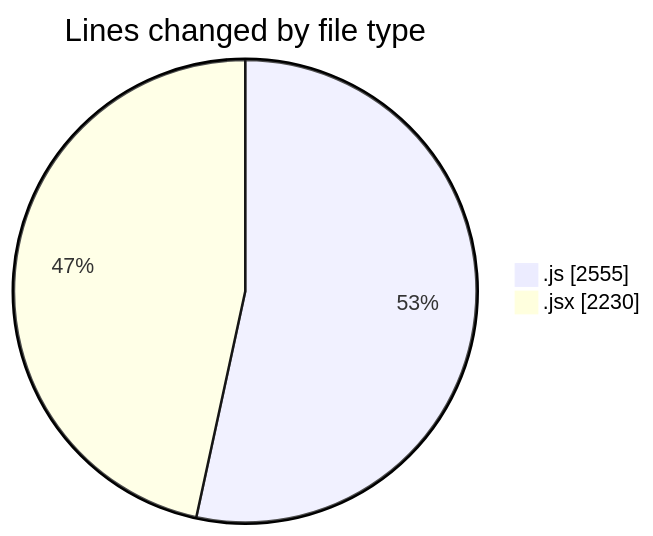
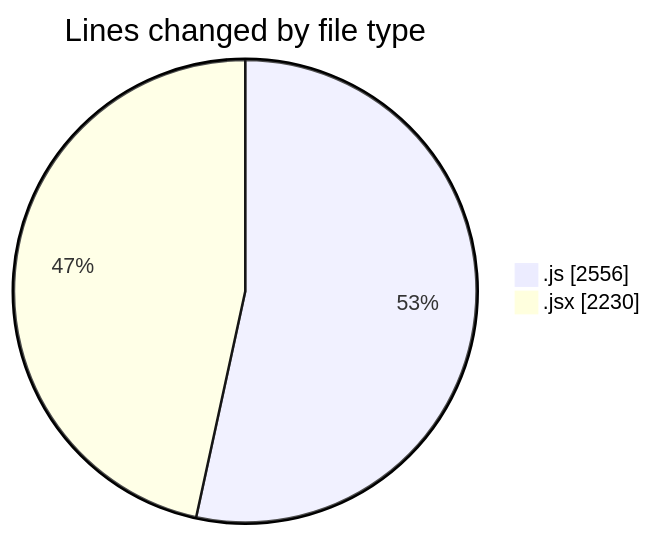
Before and after one commit to nxtqubesakshisongat/code-tracking: the first of 2 diagrams in 2025-08-28/nxtqube_webapp/README.md, drawn with Mermaid. The commit also changed other lines of this file and 1 other file, not shown here.

````diff
--- a/2025-08-28/nxtqube_webapp/README.md
+++ b/2025-08-28/nxtqube_webapp/README.md
@@ -25,6 +25,6 @@
 ```mermaid
 pie showData
 title Lines changed by file type
-".js" : 2555
+".js" : 2556
 ".jsx" : 2230
 ```
````
